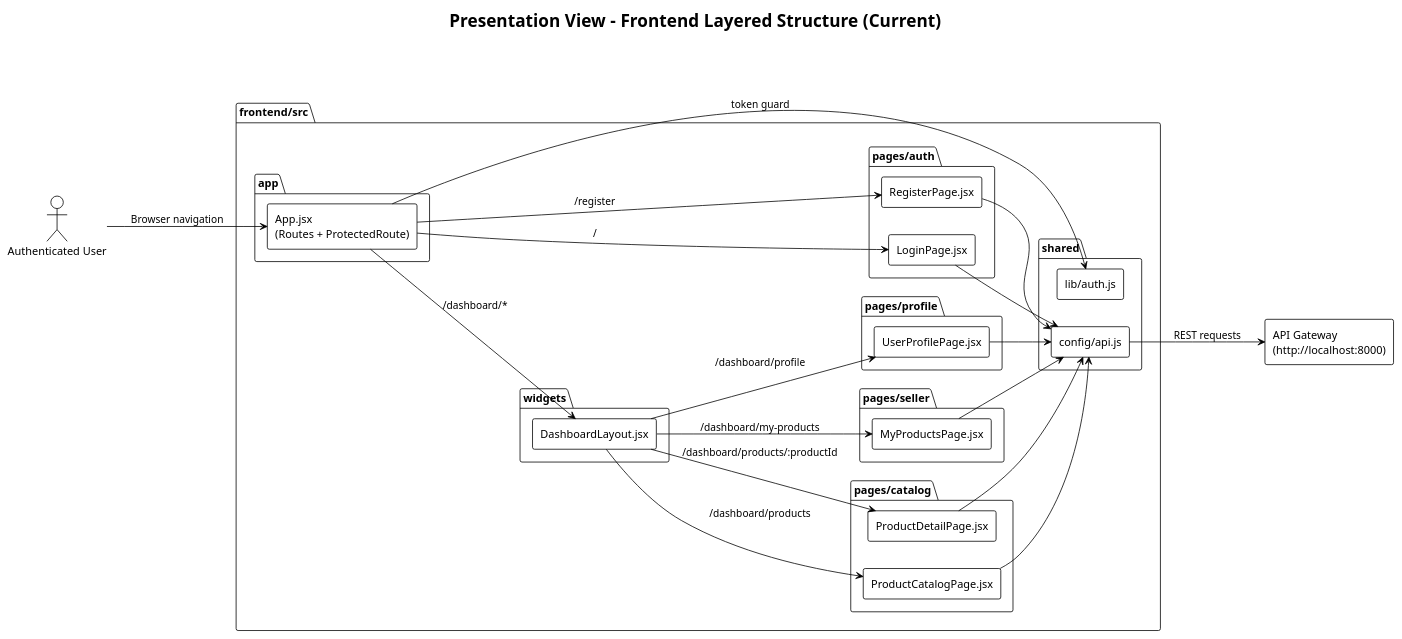
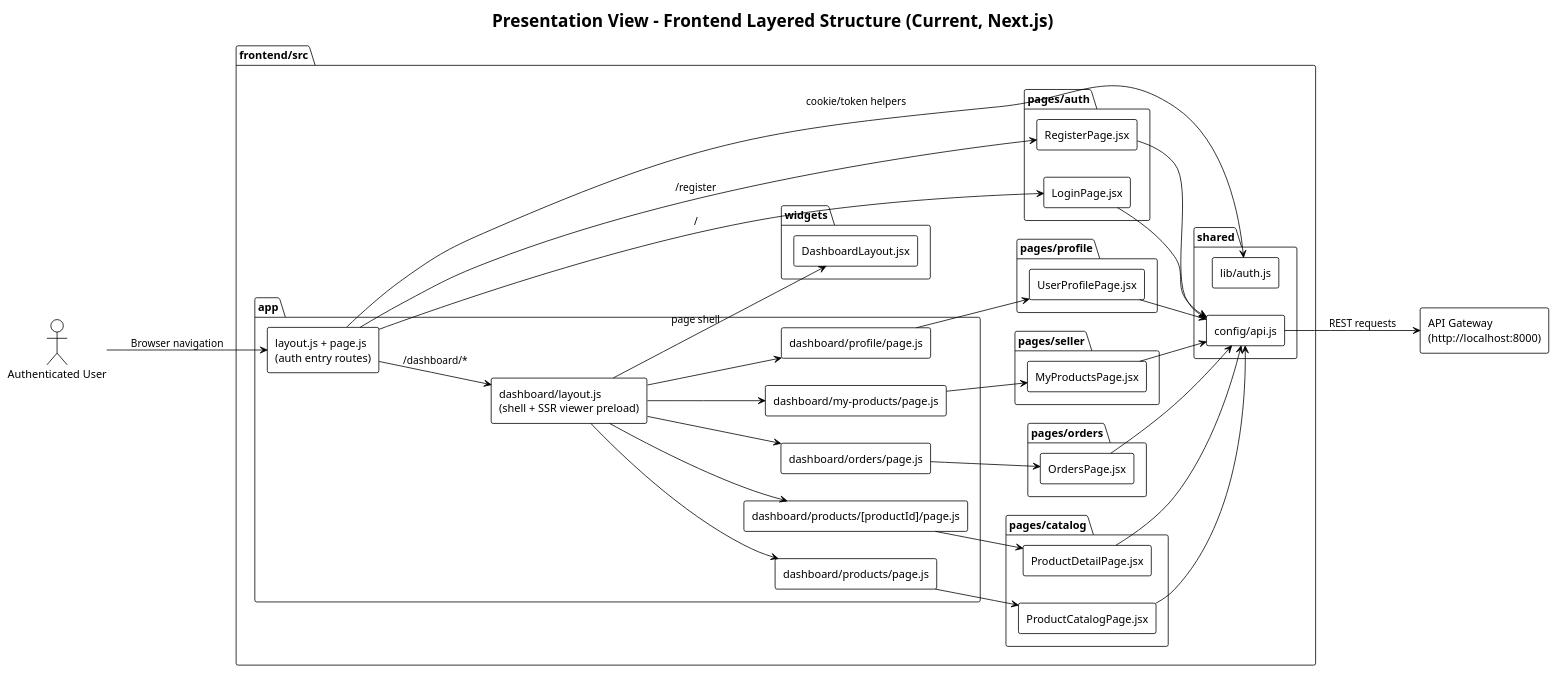
Before and after one commit to jpastor1649/ecommerce-project: the diagram in docs/architecture/Presentation_Current.puml, drawn with PlantUML. The commit also changed 11 other files, not shown here.

Commit message:
updated docs with diagrams

```diff
--- a/docs/architecture/Presentation_Current.puml
+++ b/docs/architecture/Presentation_Current.puml
@@ -1,66 +1,85 @@
 @startuml
 !theme plain
 skinparam componentStyle rectangle
 skinparam shadowing false
 left to right direction
 
-title Presentation View - Frontend Layered Structure (Current)
+title Presentation View - Frontend Layered Structure (Current, Next.js)
 
 actor "Authenticated User" as User
 
 package "frontend/src" {
   package "app" {
-    component "App.jsx\n(Routes + ProtectedRoute)" as App
+    component "layout.js + page.js\n(auth entry routes)" as AppRoot
+    component "dashboard/layout.js\n(shell + SSR viewer preload)" as DashboardLayout
+    component "dashboard/products/page.js" as RouteProducts
+    component "dashboard/products/[productId]/page.js" as RouteProductDetail
+    component "dashboard/orders/page.js" as RouteOrders
+    component "dashboard/my-products/page.js" as RouteMyProducts
+    component "dashboard/profile/page.js" as RouteProfile
   }
 
   package "widgets" {
-    component "DashboardLayout.jsx" as Dashboard
+    component "DashboardLayout.jsx" as DashboardWidget
   }
 
   package "pages/auth" {
     component "LoginPage.jsx" as Login
     component "RegisterPage.jsx" as Register
   }
 
   package "pages/catalog" {
     component "ProductCatalogPage.jsx" as Catalog
     component "ProductDetailPage.jsx" as Detail
   }
 
   package "pages/seller" {
     component "MyProductsPage.jsx" as MyProducts
   }
 
   package "pages/profile" {
     component "UserProfilePage.jsx" as Profile
   }
 
+  package "pages/orders" {
+    component "OrdersPage.jsx" as Orders
+  }
+
   package "shared" {
     component "config/api.js" as ApiConfig
     component "lib/auth.js" as AuthLib
   }
 }
 
 component "API Gateway\n(http://localhost:8000)" as Gateway
 
-User --> App : Browser navigation
-App --> Login : /
-App --> Register : /register
-App --> Dashboard : /dashboard/*
+User --> AppRoot : Browser navigation
+AppRoot --> Login : /
+AppRoot --> Register : /register
+AppRoot --> DashboardLayout : /dashboard/*
 
-Dashboard --> Catalog : /dashboard/products
-Dashboard --> Detail : /dashboard/products/:productId
-Dashboard --> MyProducts : /dashboard/my-products
-Dashboard --> Profile : /dashboard/profile
+DashboardLayout --> DashboardWidget : page shell
+DashboardLayout --> RouteProducts
+DashboardLayout --> RouteProductDetail
+DashboardLayout --> RouteOrders
+DashboardLayout --> RouteMyProducts
+DashboardLayout --> RouteProfile
 
-App --> AuthLib : token guard
+RouteProducts --> Catalog
+RouteProductDetail --> Detail
+RouteOrders --> Orders
+RouteMyProducts --> MyProducts
+RouteProfile --> Profile
+
+AppRoot --> AuthLib : cookie/token helpers
 Login --> ApiConfig
 Register --> ApiConfig
 Catalog --> ApiConfig
 Detail --> ApiConfig
 MyProducts --> ApiConfig
 Profile --> ApiConfig
+Orders --> ApiConfig
 
 ApiConfig --> Gateway : REST requests
 
 @enduml
```
